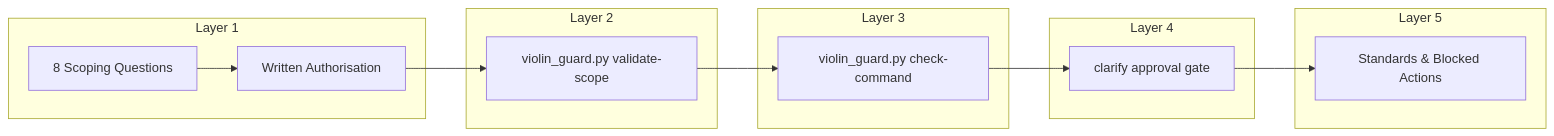
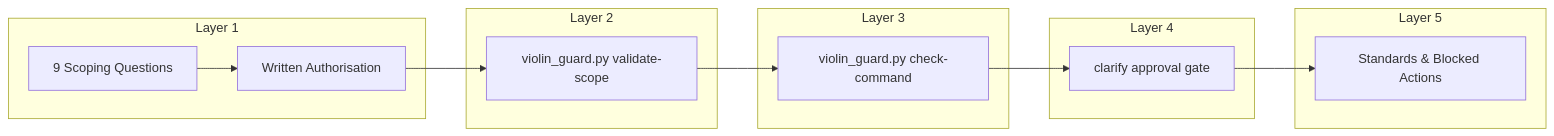
One commit to Strategic-Automation/violin changed the third of 3 diagrams in README.md. Above: the diagram before and after it, drawn with Mermaid. The commit also changed other lines of this file and 53 other files, not shown here.

````diff
--- a/README.md
+++ b/README.md
@@ -168,21 +175,21 @@
 ```mermaid
 flowchart LR
     subgraph "Layer 1"
-        A["8 Scoping Questions"]
+        A["9 Scoping Questions"]
         B["Written Authorisation"]
     end
     subgraph "Layer 2"
         C["violin_guard.py validate-scope"]
     end
     subgraph "Layer 3"
         D["violin_guard.py check-command"]
     end
     subgraph "Layer 4"
         E["clarify approval gate"]
     end
     subgraph "Layer 5"
         F["Standards & Blocked Actions"]
     end
     
     A --> B --> C --> D --> E --> F
 ```
````
